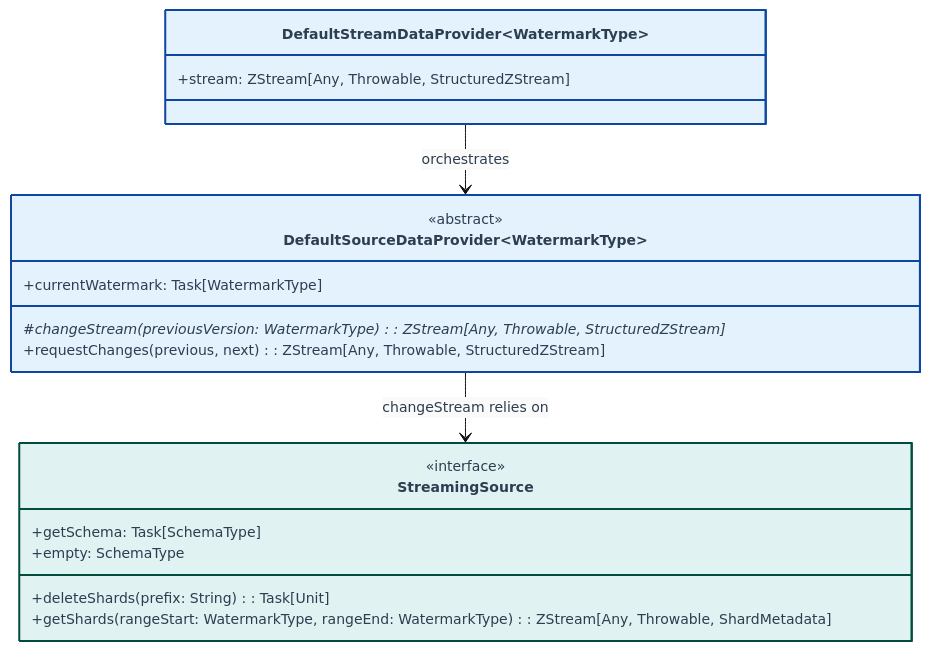
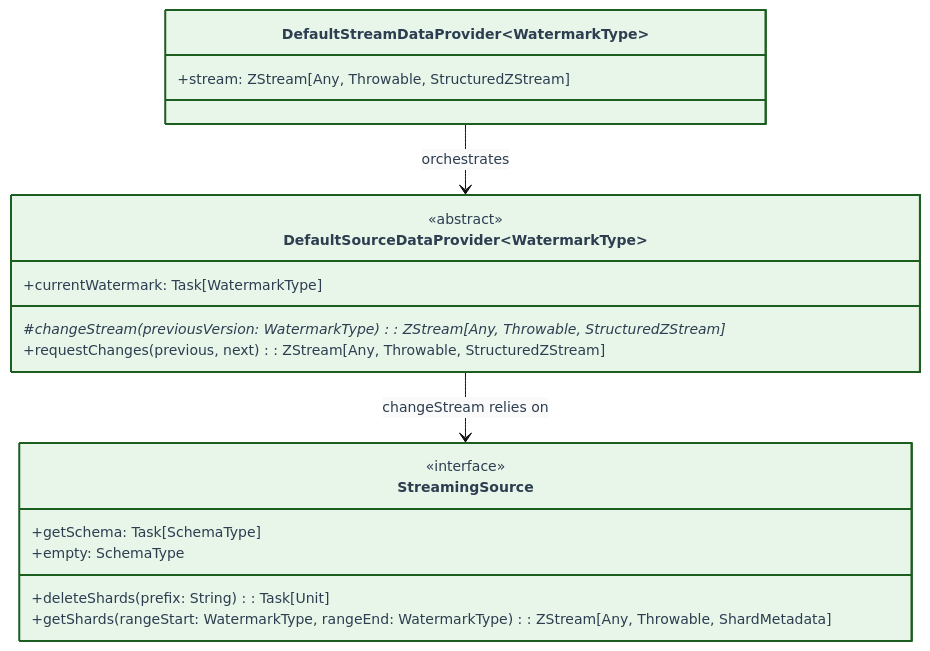
One commit to SneaksAndData/arcane-framework-scala changed the second of 3 diagrams in docs/class_diagram.md. Above: the diagram before and after it, drawn with Mermaid. The commit also changed other lines of this file, not shown here.

````diff
--- a/docs/class_diagram.md
+++ b/docs/class_diagram.md
@@ -65,46 +65,45 @@
 ```mermaid
 %%{init: {
   "theme": "base",
   "themeVariables": {
     "primaryColor": "#fafafa",
     "primaryTextColor": "#2c3e50",
     "primaryBorderColor": "#7f8c8d",
     "lineColor": "#111111",
     "arrowheadColor": "#111111",
     "secondaryColor": "#fdfdfd",
     "tertiaryColor": "#ffffff",
     "fontSize": "14px",
     "fontFamily": "Fira Code, Menlo, Monaco, Consolas, Courier New, monospace"
   },
   "class": {
     "curve": "linear"
   }
 } }%%
 classDiagram
     direction TB
 
     class DefaultStreamDataProvider~WatermarkType~ {
         +stream: ZStream[Any, Throwable, StructuredZStream]
     }
     class DefaultSourceDataProvider~WatermarkType~ {
         <<abstract>>
         #changeStream(previousVersion: WatermarkType): ZStream[Any, Throwable, StructuredZStream]*
         +requestChanges(previous, next): ZStream[Any, Throwable, StructuredZStream]
         +currentWatermark: Task[WatermarkType]
     }
     class StreamingSource {
         <<interface>>
         +getSchema: Task[SchemaType]
         +empty: SchemaType
         +deleteShards(prefix: String): Task[Unit]
         +getShards(rangeStart: WatermarkType, rangeEnd: WatermarkType): ZStream[Any, Throwable, ShardMetadata]
     }
 
     DefaultStreamDataProvider --> DefaultSourceDataProvider : orchestrates
     DefaultSourceDataProvider --> StreamingSource : changeStream relies on
 
-    style StreamingSource fill:#e0f2f1,stroke:#004d40,stroke-width:2px
-
-    style DefaultStreamDataProvider fill:#e3f2fd,stroke:#0d47a1,stroke-width:2px
-    style DefaultSourceDataProvider fill:#e3f2fd,stroke:#0d47a1,stroke-width:2px
+    style StreamingSource fill:#e8f5e9,stroke:#1b5e20,stroke-width:2px
+    style DefaultStreamDataProvider fill:#e8f5e9,stroke:#1b5e20,stroke-width:2px
+    style DefaultSourceDataProvider fill:#e8f5e9,stroke:#1b5e20,stroke-width:2px
 ```
````
